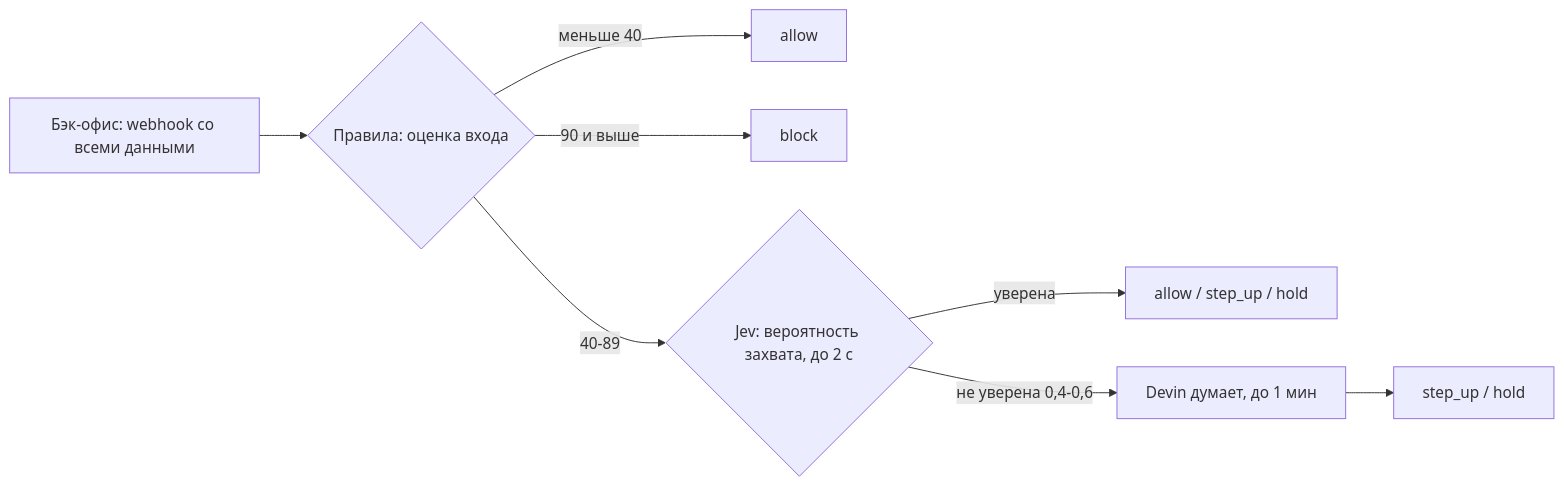
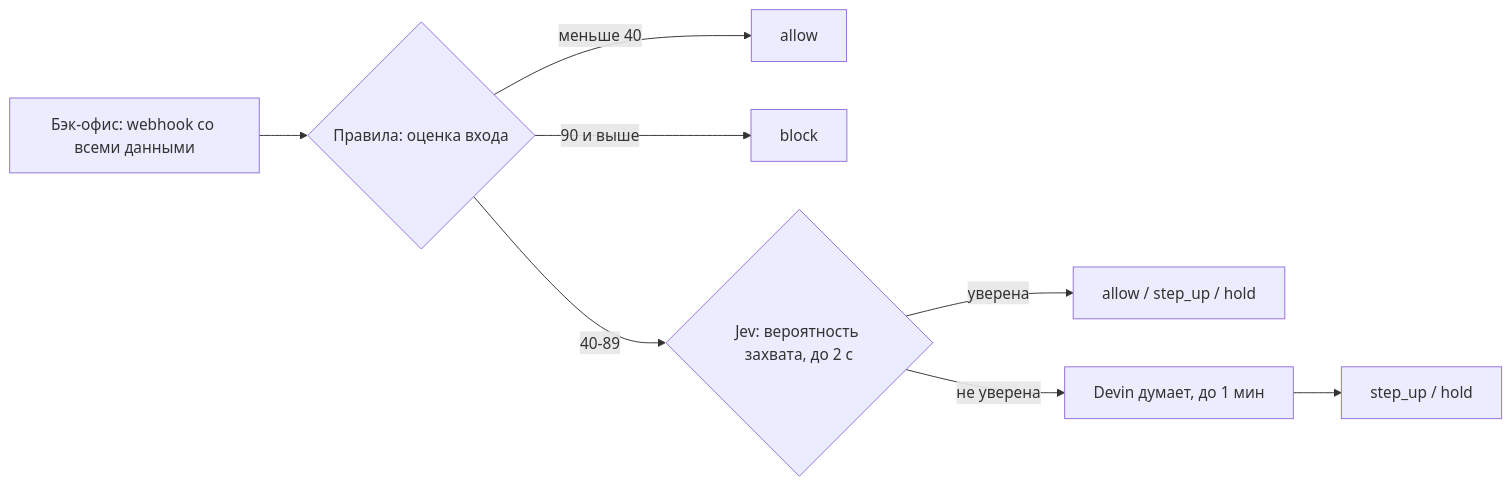
One commit to hackaton201126/nightwatch changed the diagram in docs/plan.md. Above: the diagram before and after it, drawn with Mermaid. The commit also changed other lines of this file, not shown here.

Commit message:
docs: record what Jev and Devin Cloud did on the real accounts

````diff
--- a/docs/plan.md
+++ b/docs/plan.md
@@ -15,10 +15,10 @@
 ```mermaid
 flowchart LR
   bank[Бэк-офис: webhook со всеми данными] --> rules{Правила: оценка входа}
   rules -->|меньше 40| allow[allow]
   rules -->|90 и выше| block[block]
   rules -->|40-89| jev{Jev: вероятность захвата, до 2 с}
   jev -->|уверена| d1[allow / step_up / hold]
-  jev -->|не уверена 0,4-0,6| devin[Devin думает, до 1 мин]
+  jev -->|не уверена| devin[Devin думает, до 1 мин]
   devin --> d2[step_up / hold]
 ```
````
